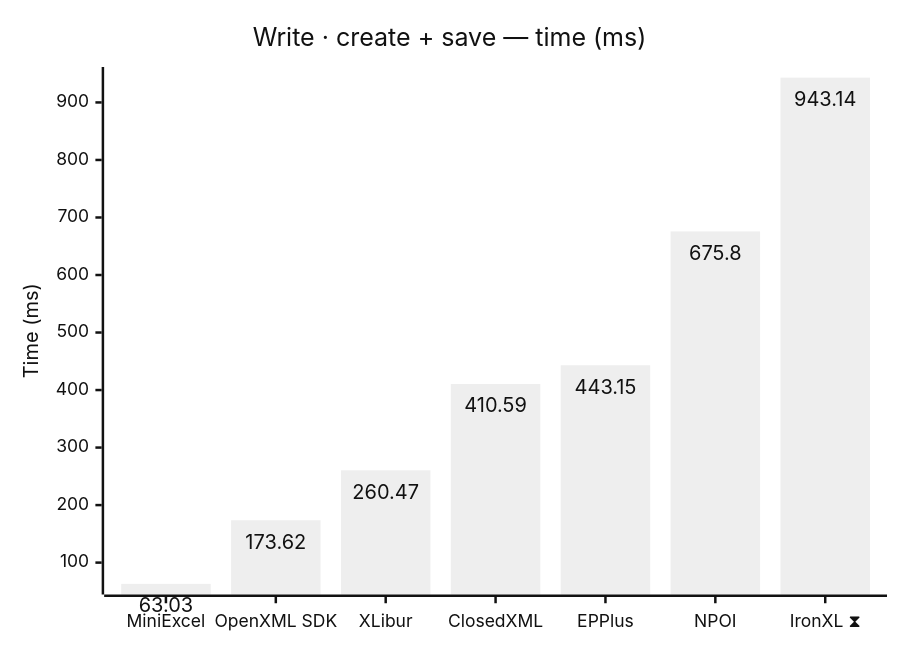
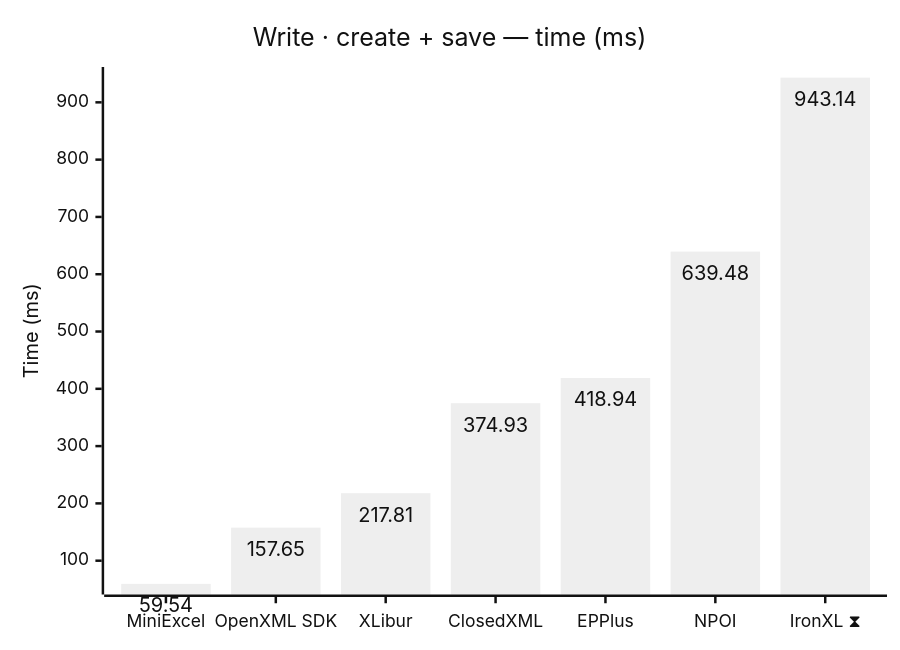
Before and after one commit to jafin/XLBench: the fifth of 12 diagrams in docs/results.md, drawn with Mermaid (neutral theme). The commit also changed other lines of this file and 6 other files, not shown here.

````diff
--- a/docs/results.md
+++ b/docs/results.md
@@ -91,12 +91,12 @@
 ```mermaid
 ---
 config:
   xyChart:
     showDataLabel: true
 ---
 xychart-beta
     title "Write · create + save — time (ms)"
     x-axis ["MiniExcel", "OpenXML SDK", "XLibur", "ClosedXML", "EPPlus", "NPOI", "IronXL ⧗"]
     y-axis "Time (ms)"
-    bar [63.03, 173.62, 260.47, 410.59, 443.15, 675.8, 943.14]
+    bar [59.54, 157.65, 217.81, 374.93, 418.94, 639.48, 943.14]
 ```
````
